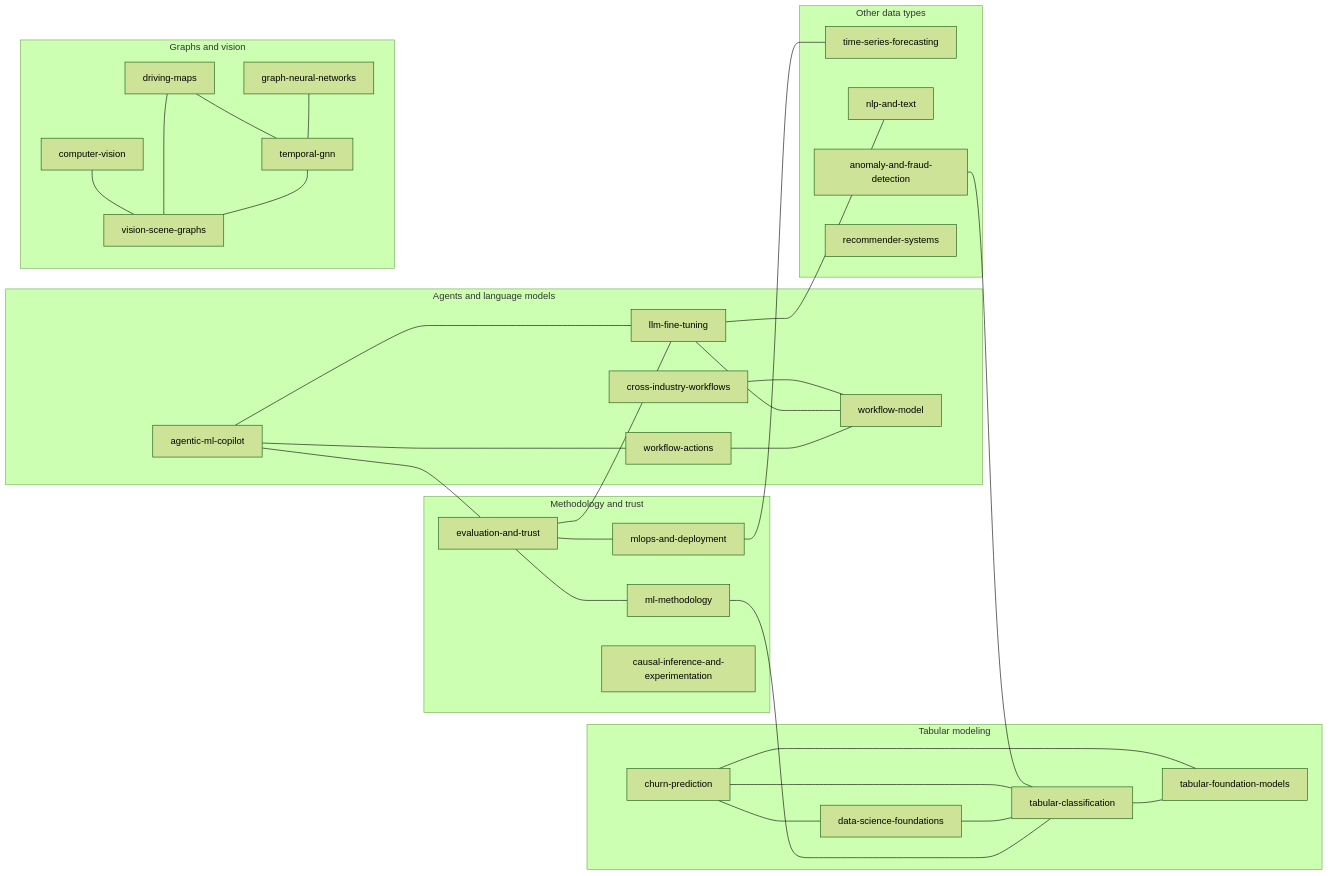
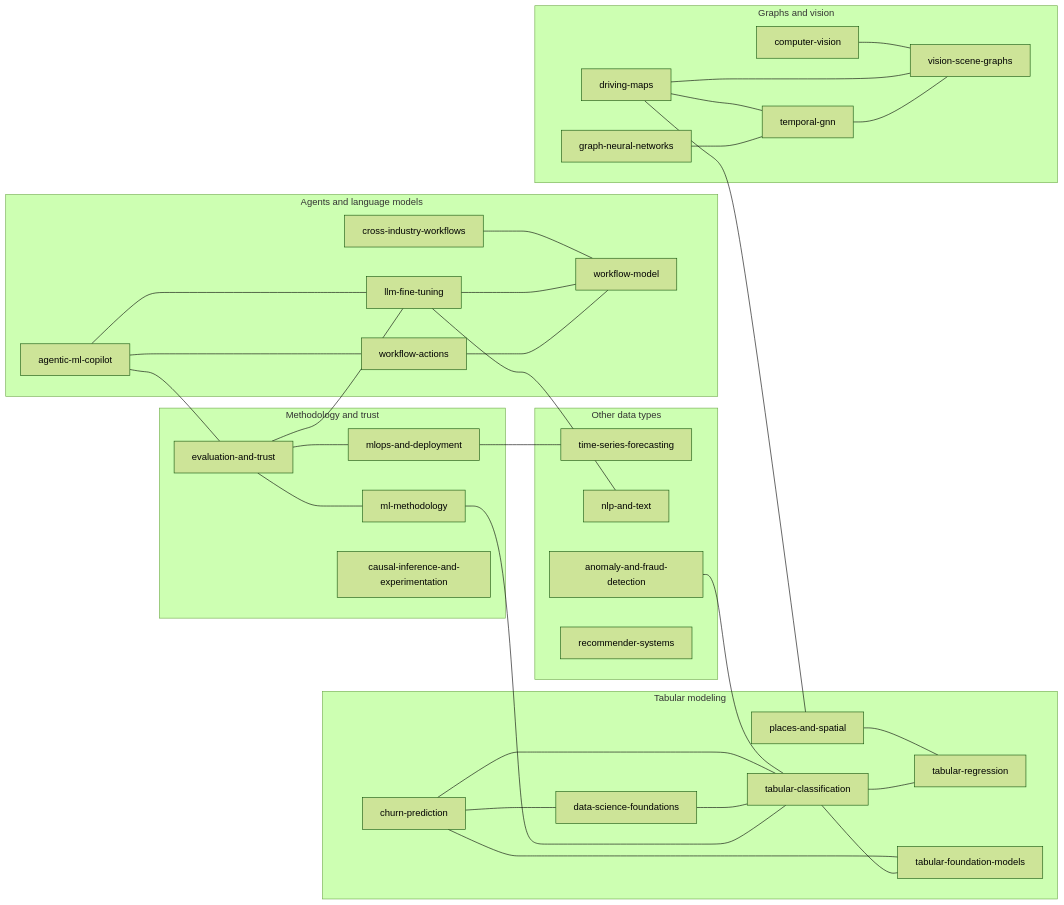
Before and after one commit to Shahriyar-Moradi/Research_Development_DCLab: the diagram in research/README.md, drawn with Mermaid (forest theme). The commit also changed 29 other files, not shown here.

````diff
--- a/research/README.md
+++ b/research/README.md
@@ -20,58 +20,63 @@
 ```mermaid
 flowchart LR
   subgraph T0["Tabular modeling"]
     tabular_classification["tabular-classification"]
+    tabular_regression["tabular-regression"]
+    places_and_spatial["places-and-spatial"]
     churn_prediction["churn-prediction"]
     tabular_foundation_models["tabular-foundation-models"]
     data_science_foundations["data-science-foundations"]
   end
   subgraph T1["Methodology and trust"]
     ml_methodology["ml-methodology"]
     evaluation_and_trust["evaluation-and-trust"]
     mlops_and_deployment["mlops-and-deployment"]
     causal_inference_and_experimentation["causal-inference-and-experimentation"]
   end
   subgraph T2["Agents and language models"]
     agentic_ml_copilot["agentic-ml-copilot"]
     llm_fine_tuning["llm-fine-tuning"]
     workflow_model["workflow-model"]
     workflow_actions["workflow-actions"]
     cross_industry_workflows["cross-industry-workflows"]
   end
   subgraph T3["Other data types"]
     time_series_forecasting["time-series-forecasting"]
     nlp_and_text["nlp-and-text"]
     anomaly_and_fraud_detection["anomaly-and-fraud-detection"]
     recommender_systems["recommender-systems"]
   end
   subgraph T4["Graphs and vision"]
     graph_neural_networks["graph-neural-networks"]
     temporal_gnn["temporal-gnn"]
     computer_vision["computer-vision"]
     vision_scene_graphs["vision-scene-graphs"]
     driving_maps["driving-maps"]
   end
   agentic_ml_copilot --- evaluation_and_trust
   agentic_ml_copilot --- llm_fine_tuning
   agentic_ml_copilot --- workflow_actions
   anomaly_and_fraud_detection --- tabular_classification
   churn_prediction --- tabular_classification
   churn_prediction --- tabular_foundation_models
   computer_vision --- vision_scene_graphs
   cross_industry_workflows --- workflow_model
   data_science_foundations --- tabular_classification
   churn_prediction --- data_science_foundations
   driving_maps --- vision_scene_graphs
   driving_maps --- temporal_gnn
   evaluation_and_trust --- ml_methodology
   graph_neural_networks --- temporal_gnn
   llm_fine_tuning --- workflow_model
   evaluation_and_trust --- llm_fine_tuning
   ml_methodology --- tabular_classification
   mlops_and_deployment --- time_series_forecasting
   evaluation_and_trust --- mlops_and_deployment
   llm_fine_tuning --- nlp_and_text
+  places_and_spatial --- tabular_regression
+  driving_maps --- places_and_spatial
   tabular_classification --- tabular_foundation_models
+  tabular_classification --- tabular_regression
   temporal_gnn --- vision_scene_graphs
   workflow_actions --- workflow_model
 ```
````
